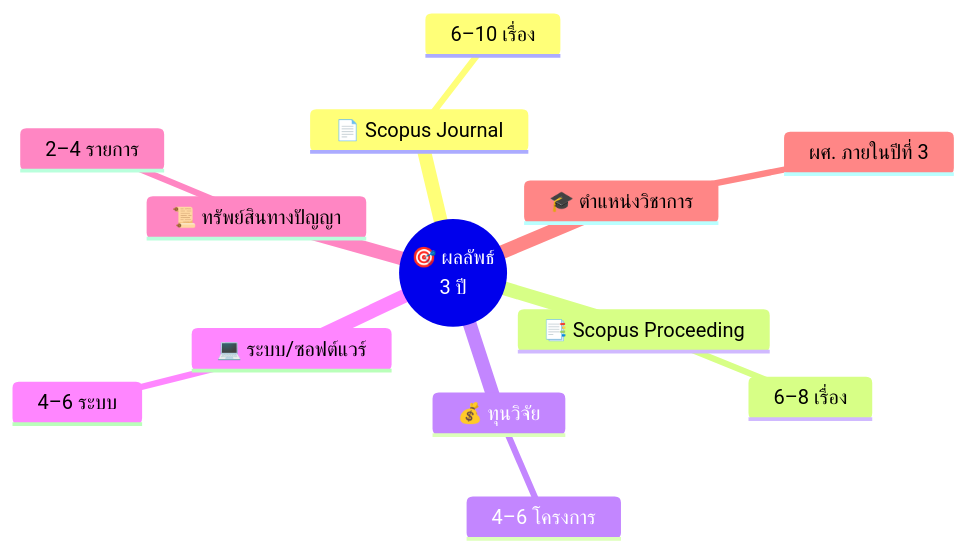
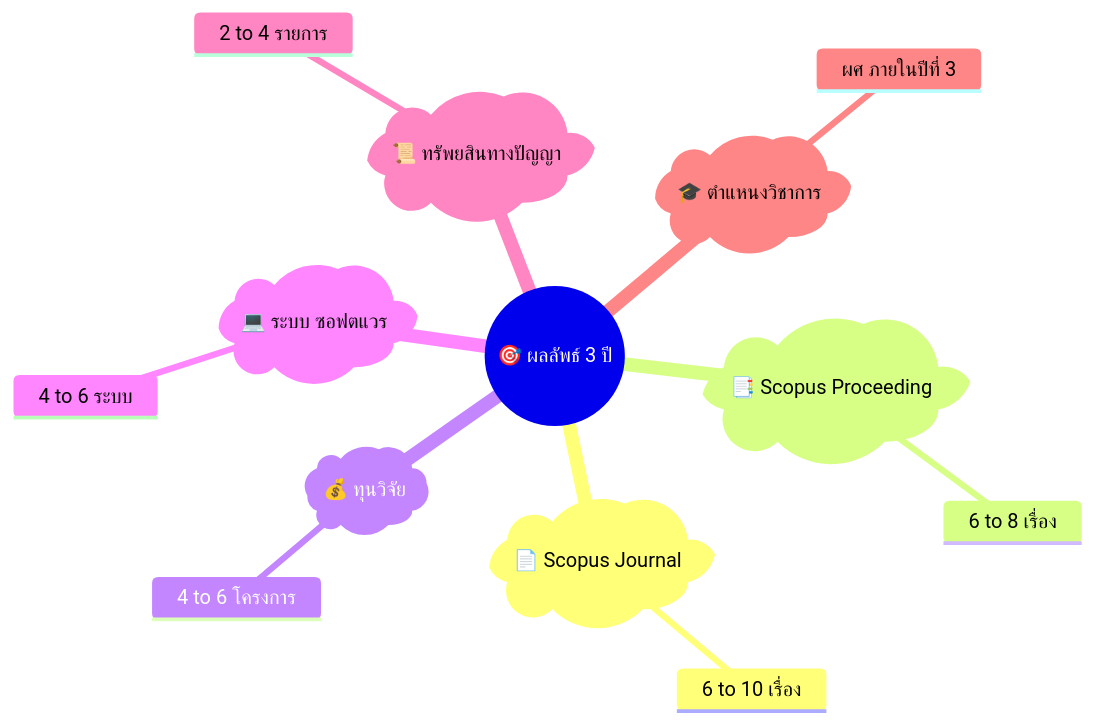
Before and after one commit to nutthakorn7/kmutnb-fte-portfolio: the fourth of 5 diagrams in research-plan/research_plan_2026_2029.md, drawn with Mermaid. The commit also changed other lines of this file and 5 other files, not shown here.

Commit message:
Unify dark theme: bright Mermaid colors across all pages (README, research plan, 4 teaching plans)

````diff
--- a/research-plan/research_plan_2026_2029.md
+++ b/research-plan/research_plan_2026_2029.md
@@ -414,16 +414,16 @@
 ```mermaid
 mindmap
-  root((🎯 ผลลัพธ์<br/>3 ปี))
-    📄 Scopus Journal
-      6–10 เรื่อง
-    📑 Scopus Proceeding
-      6–8 เรื่อง
-    💰 ทุนวิจัย
-      4–6 โครงการ
-    💻 ระบบ/ซอฟต์แวร์
-      4–6 ระบบ
-    📜 ทรัพย์สินทางปัญญา
-      2–4 รายการ
-    🎓 ตำแหน่งวิชาการ
-      ผศ. ภายในปีที่ 3
+  root(("🎯 ผลลัพธ์ 3 ปี"))
+    )"📄 Scopus Journal"(
+      6 to 10 เรื่อง
+    )"📑 Scopus Proceeding"(
+      6 to 8 เรื่อง
+    )"💰 ทุนวิจัย"(
+      4 to 6 โครงการ
+    )"💻 ระบบ ซอฟตแวร"(
+      4 to 6 ระบบ
+    )"📜 ทรัพยสินทางปัญญา"(
+      2 to 4 รายการ
+    )"🎓 ตำแหนงวิชาการ"(
+      ผศ ภายในปีที่ 3
 ```
````
